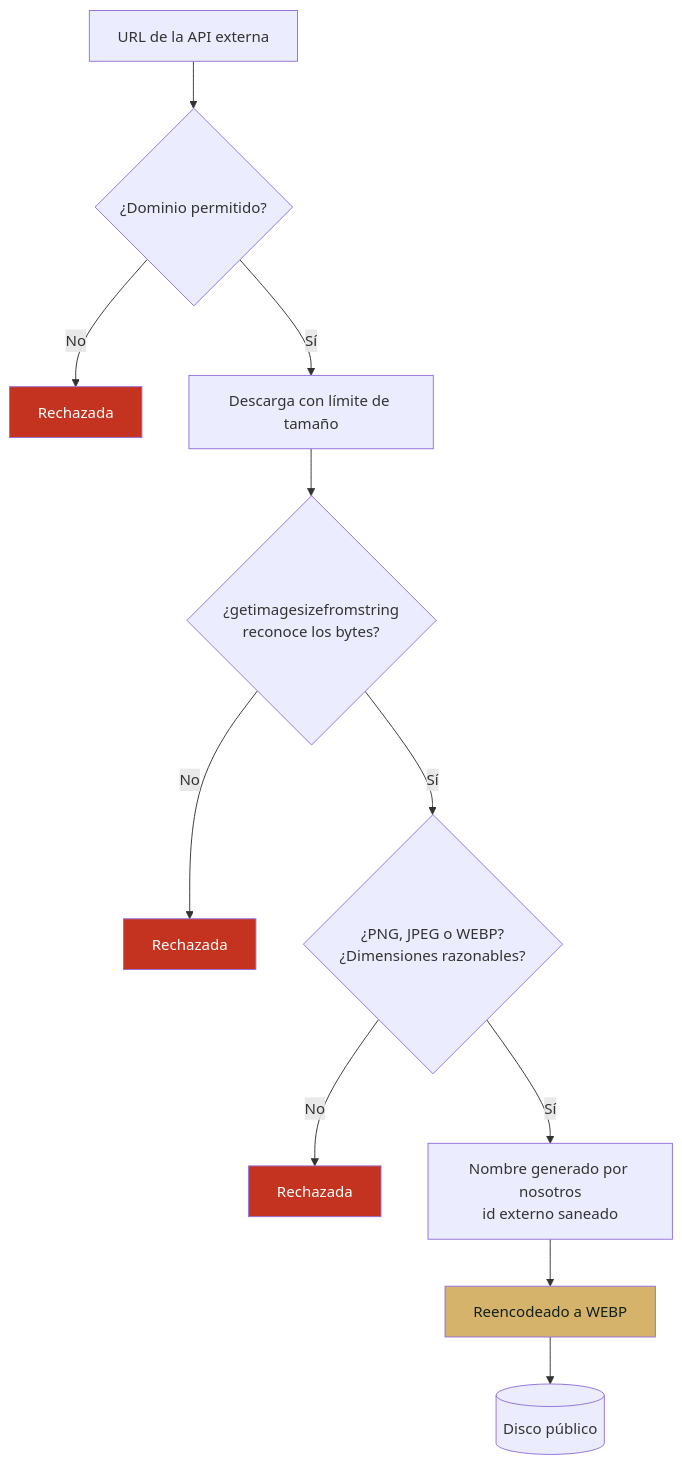
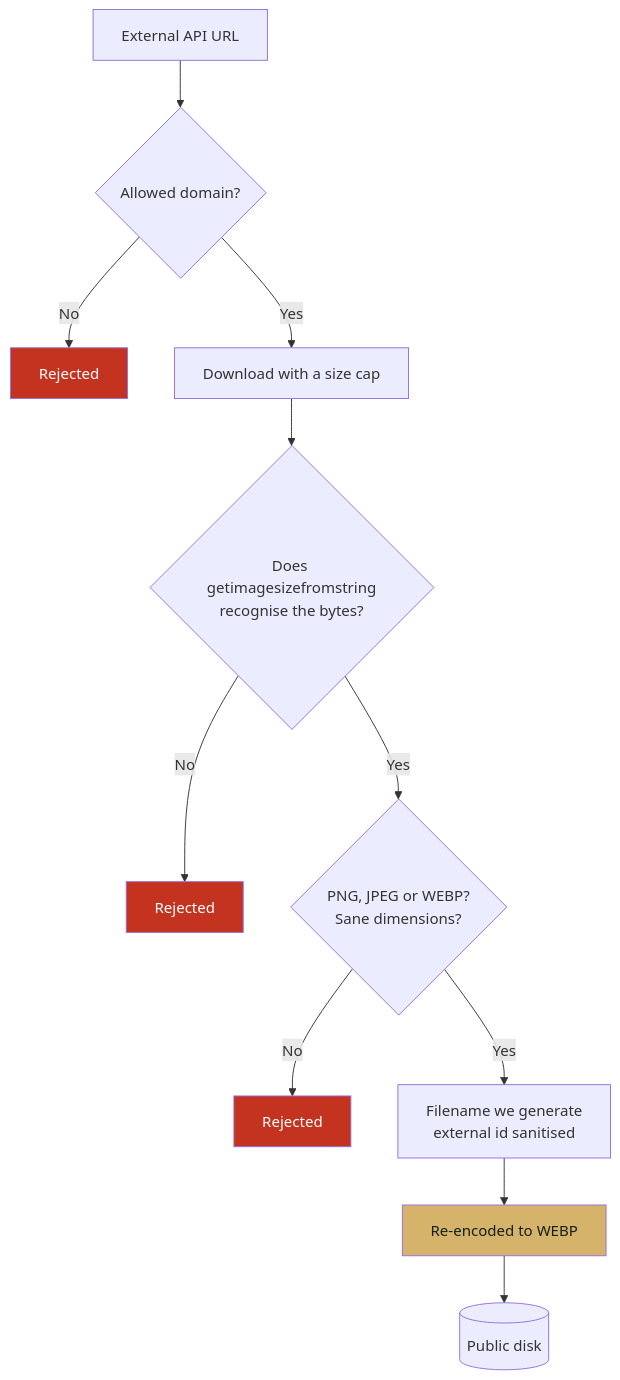
The sixth of 7 diagrams in README.md (Zoel-Manchon/elitewear-xi), drawn with Mermaid before and after one commit. The commit also changed other lines of this file, not shown here.

````diff
--- a/README.md
+++ b/README.md
@@ -380,18 +372,18 @@
 ```mermaid
 flowchart TD
-    A[URL de la API externa] --> B{¿Dominio permitido?}
-    B -->|No| X1[Rechazada]
-    B -->|Sí| C[Descarga con límite de tamaño]
-    C --> D{¿getimagesizefromstring<br/>reconoce los bytes?}
-    D -->|No| X2[Rechazada]
-    D -->|Sí| E{¿PNG, JPEG o WEBP?<br/>¿Dimensiones razonables?}
-    E -->|No| X3[Rechazada]
-    E -->|Sí| F[Nombre generado por nosotros<br/>id externo saneado]
-    F --> G[Reencodeado a WEBP]
-    G --> H[(Disco público)]
+    A[External API URL] --> B{Allowed domain?}
+    B -->|No| X1[Rejected]
+    B -->|Yes| C[Download with a size cap]
+    C --> D{Does getimagesizefromstring<br/>recognise the bytes?}
+    D -->|No| X2[Rejected]
+    D -->|Yes| E{PNG, JPEG or WEBP?<br/>Sane dimensions?}
+    E -->|No| X3[Rejected]
+    E -->|Yes| F[Filename we generate<br/>external id sanitised]
+    F --> G[Re-encoded to WEBP]
+    G --> H[(Public disk)]
 
     style X1 fill:#c4331f,color:#fff
     style X2 fill:#c4331f,color:#fff
     style X3 fill:#c4331f,color:#fff
     style G fill:#d6b36a,color:#12201a
 ```
````
